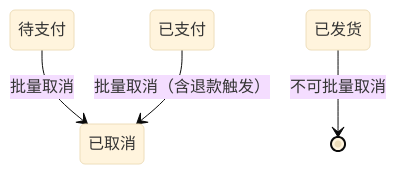
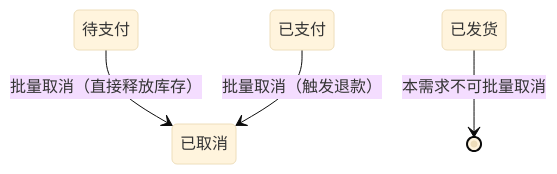
One commit to wanggeng826-bot/erp-product-manager-workflow changed the second of 2 diagrams in knowledge/prd-example-order-batch-cancel.md. Above: the diagram before and after it, drawn with Mermaid (base theme). The commit also changed other lines of this file and 6 other files, not shown here.

````diff
--- a/knowledge/prd-example-order-batch-cancel.md
+++ b/knowledge/prd-example-order-batch-cancel.md
@@ -125,6 +81,6 @@
 ```mermaid
 stateDiagram-v2
-  待支付 --> 已取消: 批量取消
-  已支付 --> 已取消: 批量取消（含退款触发）
-  已发货 --> [*]: 不可批量取消
+  待支付 --> 已取消: 批量取消（直接释放库存）
+  已支付 --> 已取消: 批量取消（触发退款）
+  已发货 --> [*]: 本需求不可批量取消
 ```
````
